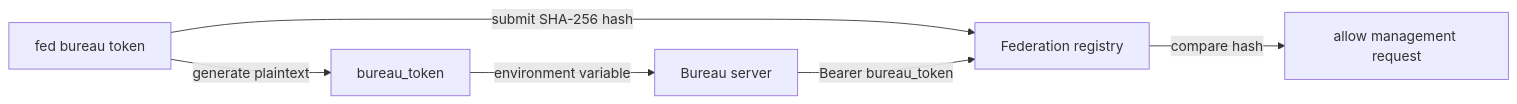
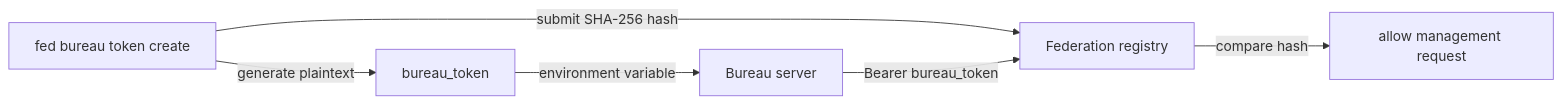
The second of 2 diagrams in homepage/content/docs/en/city/identity.mdx (genesiscosmos/downcity), drawn with Mermaid before and after one commit. The commit also changed other lines of this file and 71 other files, not shown here.

Commit message:
feat(cli): unify env and bureau token management

````diff
--- a/homepage/content/docs/en/city/identity.mdx
+++ b/homepage/content/docs/en/city/identity.mdx
@@ -108,8 +110,8 @@
 ```mermaid
 flowchart LR
-    CLI["fed bureau token"] -->|"generate plaintext"| T["bureau_token"]
+    CLI["fed bureau token create"] -->|"generate plaintext"| T["bureau_token"]
     CLI -->|"submit SHA-256 hash"| F["Federation registry"]
     T -->|"environment variable"| B["Bureau server"]
     B -->|"Bearer bureau_token"| F
     F -->|"compare hash"| X["allow management request"]
 ```
````
